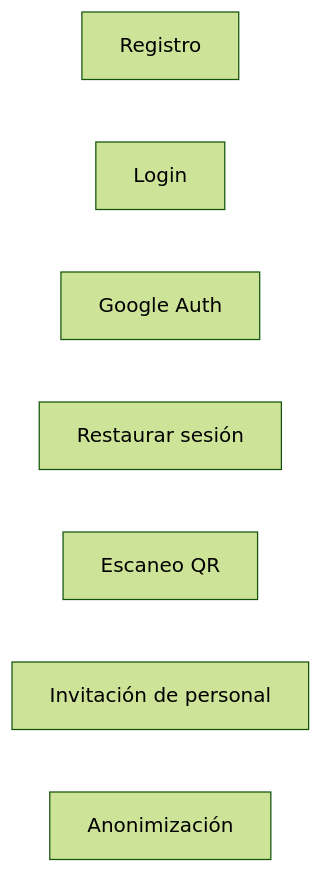
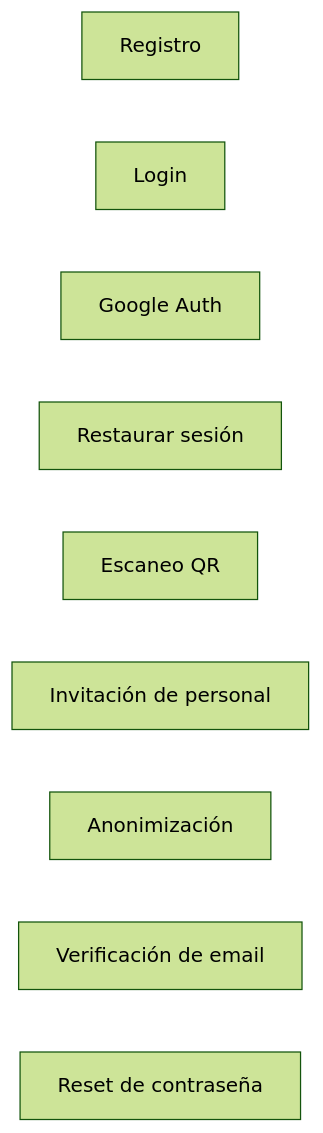
Before and after one commit to gagonzalez1/puntazo-docs: the diagram in docs/sequences/00-index.md, drawn with Mermaid (forest theme). The commit also changed 18 other files, not shown here.

````diff
--- a/docs/sequences/00-index.md
+++ b/docs/sequences/00-index.md
@@ -15,18 +15,22 @@
 ```mermaid
 flowchart LR
     REGISTER["Registro"]
     LOGIN["Login"]
     GOOGLE["Google Auth"]
     RESTORE["Restaurar sesión"]
     SCAN["Escaneo QR"]
     INVITE["Invitación de personal"]
     ANON["Anonimización"]
+    VERIFY["Verificación de email"]
+    RESET["Reset de contraseña"]
 
     click REGISTER href "#/sequence-register" "Abrir registro"
     click LOGIN href "#/sequence-login" "Abrir login"
     click GOOGLE href "#/sequence-google" "Abrir Google"
     click RESTORE href "#/sequence-restore" "Abrir restauración"
     click SCAN href "#/sequence-scan" "Abrir escaneo"
     click INVITE href "#/sequence-invitation" "Abrir invitación"
     click ANON href "#/sequence-account-anonymization" "Abrir anonimización"
+    click VERIFY href "#/sequence-email-verification" "Abrir verificación"
+    click RESET href "#/sequence-password-reset" "Abrir reset"
 ```
````
